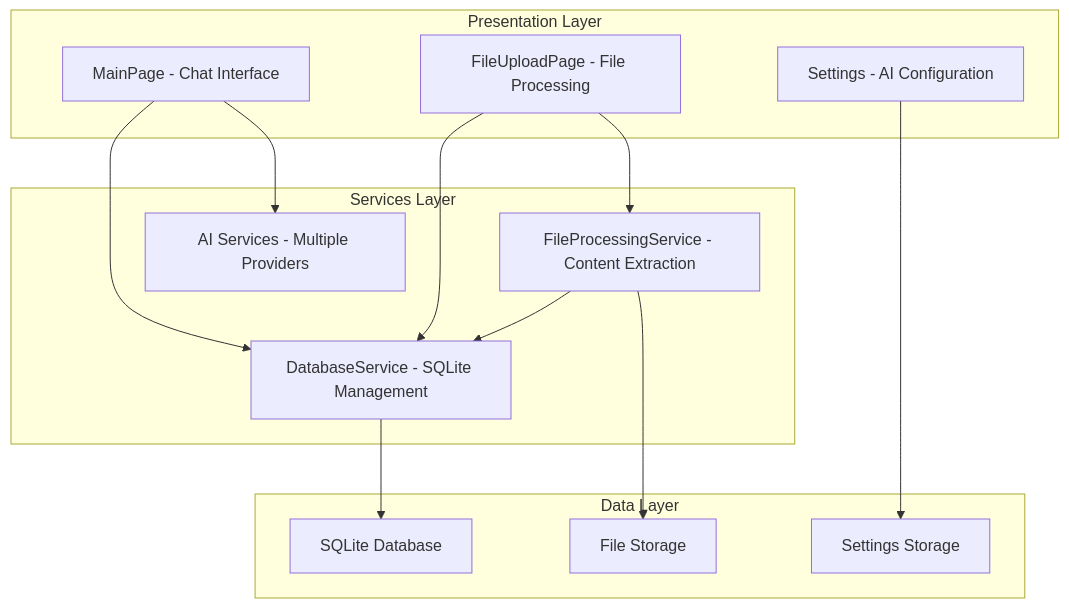
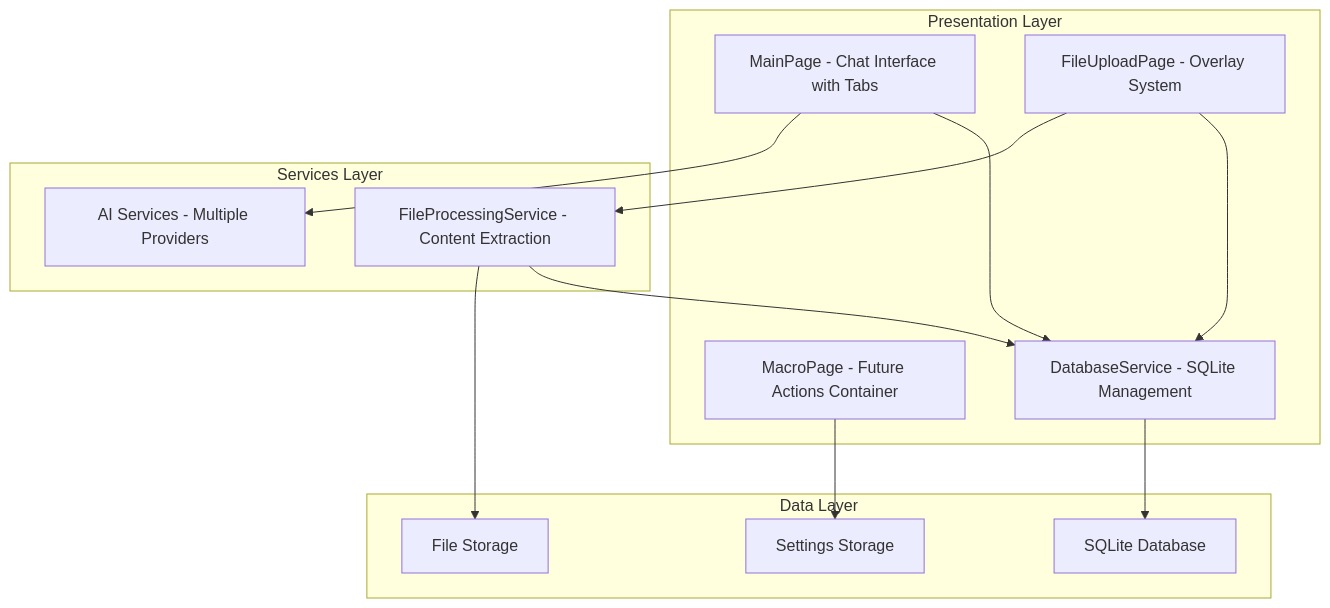
The first of 4 diagrams in spec.md (carvals/cai), drawn with Mermaid before and after one commit. The commit also changed other lines of this file and 6 other files, not shown here.

````diff
--- a/spec.md
+++ b/spec.md
@@ -45,29 +69,30 @@
 ```mermaid
 graph TB
     subgraph "Presentation Layer"
-        A[MainPage - Chat Interface]
-        B[FileUploadPage - File Processing]
-        C[Settings - AI Configuration]
+        A[MainPage - Chat Interface with Tabs]
+        B[FileUploadPage - Overlay System]
+        C[MacroPage - Future Actions Container]
+        D[Global AI Settings Navigation]
     end
     
     subgraph "Services Layer"
         D[DatabaseService - SQLite Management]
         E[FileProcessingService - Content Extraction]
         F[AI Services - Multiple Providers]
     end
     
     subgraph "Data Layer"
         G[SQLite Database]
         H[File Storage]
         I[Settings Storage]
     end
     
     A --> D
     B --> D
     B --> E
     A --> F
     E --> D
     D --> G
     E --> H
     C --> I
 ```
````
